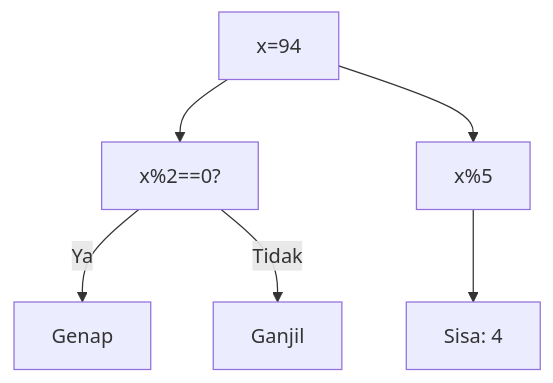
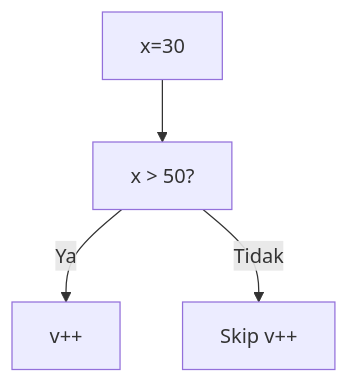
The fifth of 25 diagrams in part-c-pemahaman-cpp/02-percabangan/latihan/set-07.md (amnahwaida/OSNK_INF_PREP), drawn with Mermaid before and after one commit. The commit also changed other lines of this file and 71 other files, not shown here.

````diff
--- a/part-c-pemahaman-cpp/02-percabangan/latihan/set-07.md
+++ b/part-c-pemahaman-cpp/02-percabangan/latihan/set-07.md
@@ -120,8 +133,6 @@
 ```mermaid
 graph TD
-A["x=94"] --> B["x%2==0?"]
-B -- Ya --> C["Genap"]
-B -- Tidak --> D["Ganjil"]
-A --> E["x%5"]
-E --> F["Sisa: 4"]
+A["x=30"] --> B["x > 50?"]
+B -- Ya --> C["v++"]
+B -- Tidak --> D["Skip v++"]
 ```
````
